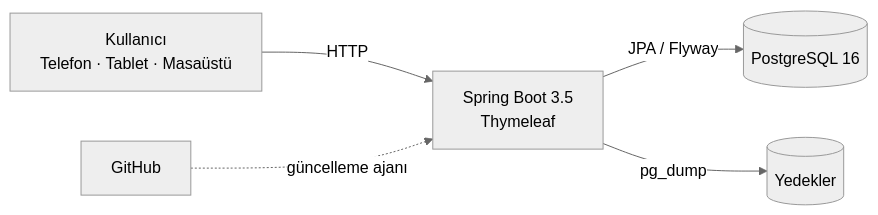
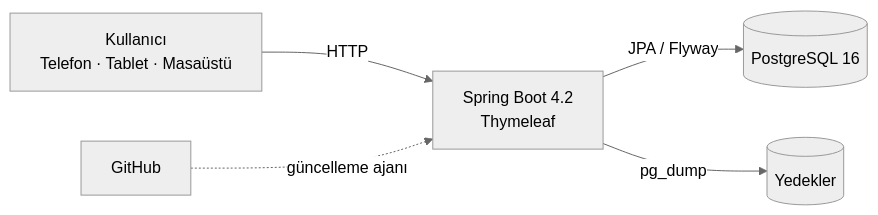
Before and after one commit to Rasimtuzluoglu/toyo: the diagram in README.md, drawn with Mermaid (neutral theme). The commit also changed other lines of this file and 106 other files, not shown here.

````diff
--- a/README.md
+++ b/README.md
@@ -96,7 +99,7 @@
 ```mermaid
 flowchart LR
-    U["Kullanıcı<br/>Telefon · Tablet · Masaüstü"] -->|HTTP| A["Spring Boot 3.5<br/>Thymeleaf"]
+    U["Kullanıcı<br/>Telefon · Tablet · Masaüstü"] -->|HTTP| A["Spring Boot 4.2<br/>Thymeleaf"]
     A -->|JPA / Flyway| DB[("PostgreSQL 16")]
     A -->|pg_dump| B[("Yedekler")]
     GH["GitHub"] -.->|"güncelleme ajanı"| A
 ```
````
